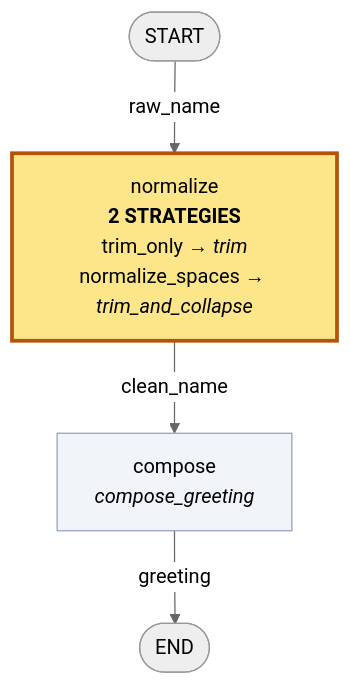
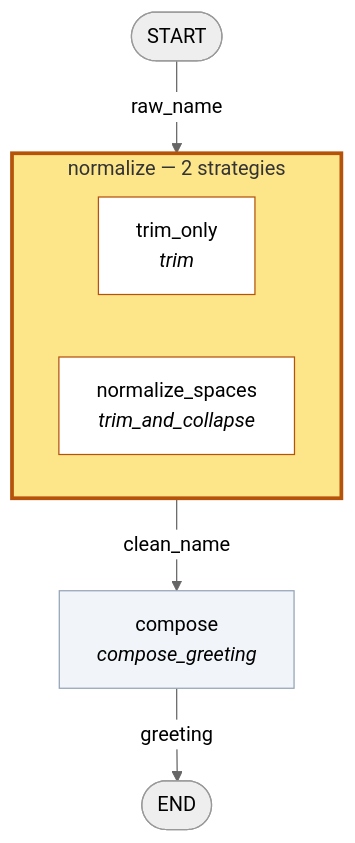
Before and after one commit to borisdev/graph-builder-spec: the third of 3 diagrams in README.md, drawn with Mermaid (neutral theme). The commit also changed other lines of this file and 4 other files, not shown here.

First line of the commit message:
diff_diagram: a varying node is a subgraph with one box per arm (#28)

````diff
--- a/README.md
+++ b/README.md
@@ -61,12 +62,16 @@
 ```mermaid
 flowchart TD
   START([START])
-  normalize["normalize<br/><b>2 STRATEGIES</b><br/>trim_only → <i>trim</i><br/>normalize_spaces → <i>trim_and_collapse</i>"]:::varies
+  subgraph normalize["normalize — 2 strategies"]
+    normalize__trim_only["trim_only<br/><i>trim</i>"]:::arm
+    normalize__normalize_spaces["normalize_spaces<br/><i>trim_and_collapse</i>"]:::arm
+  end
   compose["compose<br/><i>compose_greeting</i>"]:::shared
   END([END])
   START -- raw_name --> normalize
   normalize -- clean_name --> compose
   compose -- greeting --> END
-  classDef varies fill:#fde68a,stroke:#b45309,stroke-width:3px;
+  classDef arm fill:#ffffff,stroke:#b45309,stroke-width:1px;
+  style normalize fill:#fde68a,stroke:#b45309,stroke-width:3px;
   classDef shared fill:#f1f5f9,stroke:#94a3b8;
 ```
````
